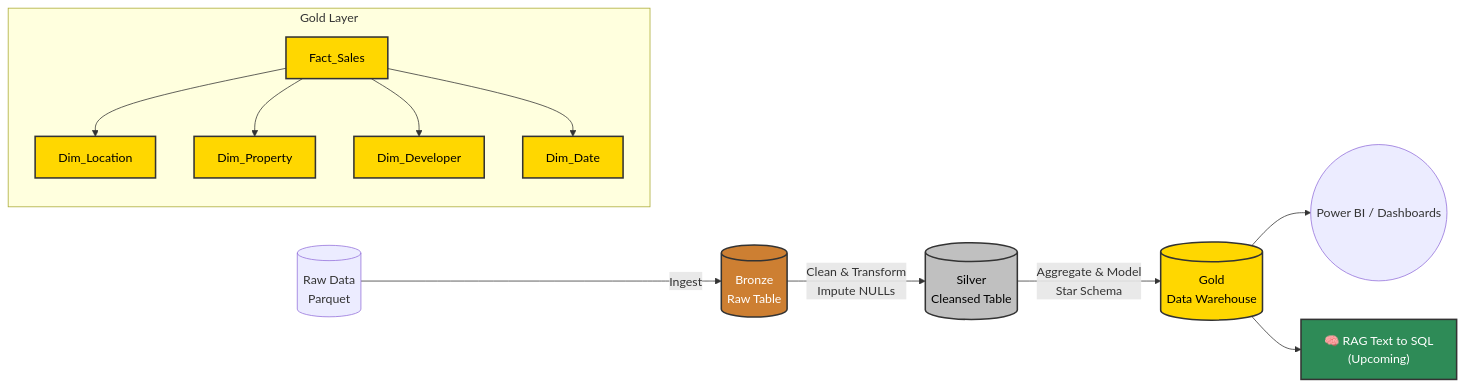
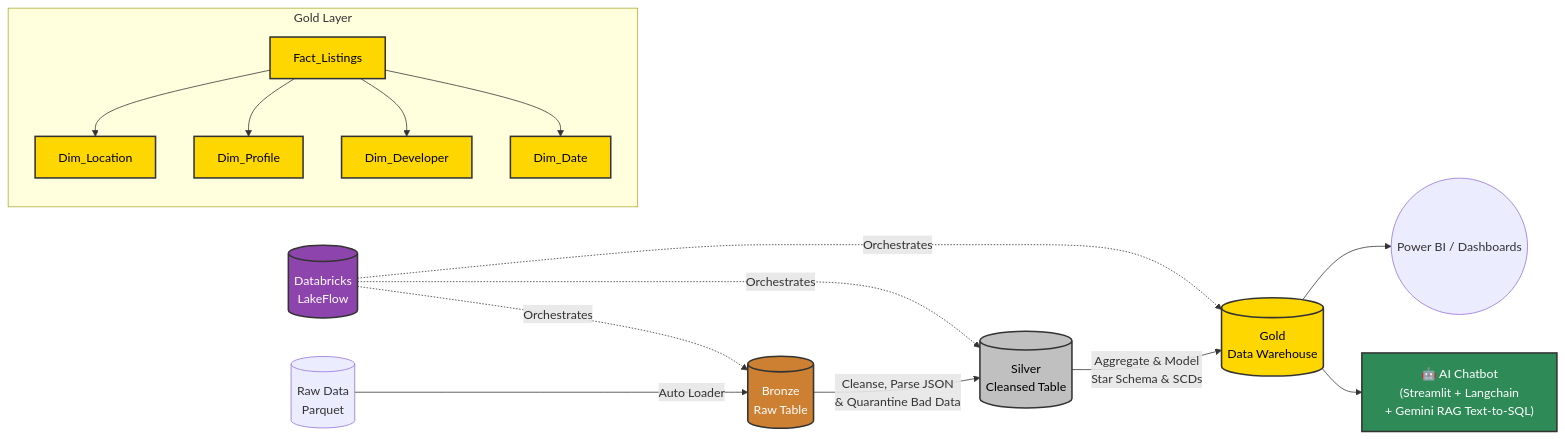
Before and after one commit to ahmedelsheikh109/Real_state: the diagram in README.md, drawn with Mermaid. The commit also changed other lines of this file and 8 other files, not shown here.

````diff
--- a/README.md
+++ b/README.md
@@ -16,33 +10,39 @@
 ```mermaid
 flowchart LR
-    A[(Raw Data\nParquet)] -->|Ingest| B[(Bronze\nRaw Table)]
-    B -->|Clean & Transform\nImpute NULLs| C[(Silver\nCleansed Table)]
-    C -->|Aggregate & Model\nStar Schema| D[(Gold\nData Warehouse)]
+    O[(Databricks\nLakeFlow)] -.->|Orchestrates| B
+    O -.->|Orchestrates| C
+    O -.->|Orchestrates| D
+
+    A[(Raw Data\nParquet)] -->|Auto Loader| B[(Bronze\nRaw Table)]
+    B -->|Cleanse, Parse JSON\n& Quarantine Bad Data| C[(Silver\nCleansed Table)]
+    C -->|Aggregate & Model\nStar Schema & SCDs| D[(Gold\nData Warehouse)]
     
     subgraph Gold Layer
       direction TB
-      D1[Fact_Sales]
+      D1[Fact_Listings]
       D2[Dim_Location]
-      D3[Dim_Property]
+      D3[Dim_Profile]
       D4[Dim_Developer]
       D5[Dim_Date]
       
       D1 --> D2
       D1 --> D3
       D1 --> D4
       D1 --> D5
     end
     
     D --> E((Power BI / Dashboards))
-    D --> F["🧠 RAG Text to SQL<br>(Upcoming)"]
+    D --> F["🤖 AI Chatbot\n(Streamlit + Langchain\n+ Gemini RAG Text-to-SQL)"]
     
     classDef bronze fill:#cd7f32,stroke:#333,stroke-width:2px,color:#fff;
     classDef silver fill:#c0c0c0,stroke:#333,stroke-width:2px,color:#000;
     classDef gold fill:#ffd700,stroke:#333,stroke-width:2px,color:#000;
     classDef rag fill:#2e8b57,stroke:#333,stroke-width:2px,color:#fff;
+    classDef orch fill:#8e44ad,stroke:#333,stroke-width:2px,color:#fff;
     
     class B bronze;
     class C silver;
     class D,D1,D2,D3,D4,D5 gold;
     class F rag;
+    class O orch;
 ```
````
